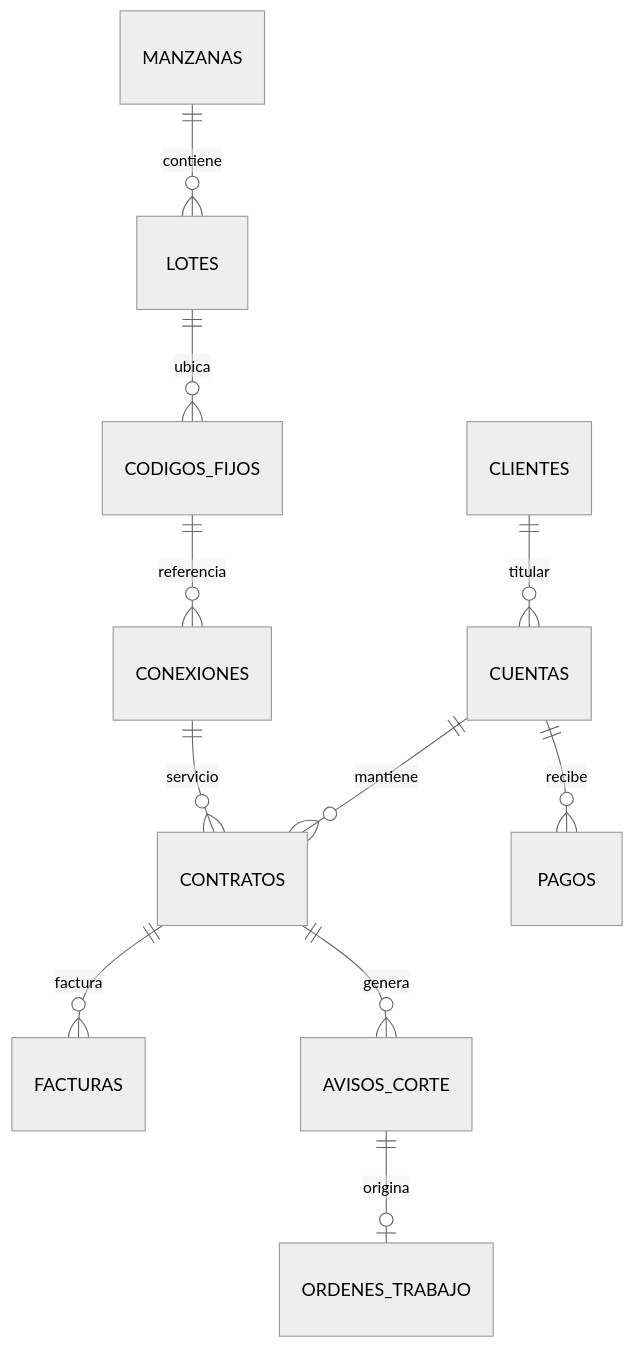
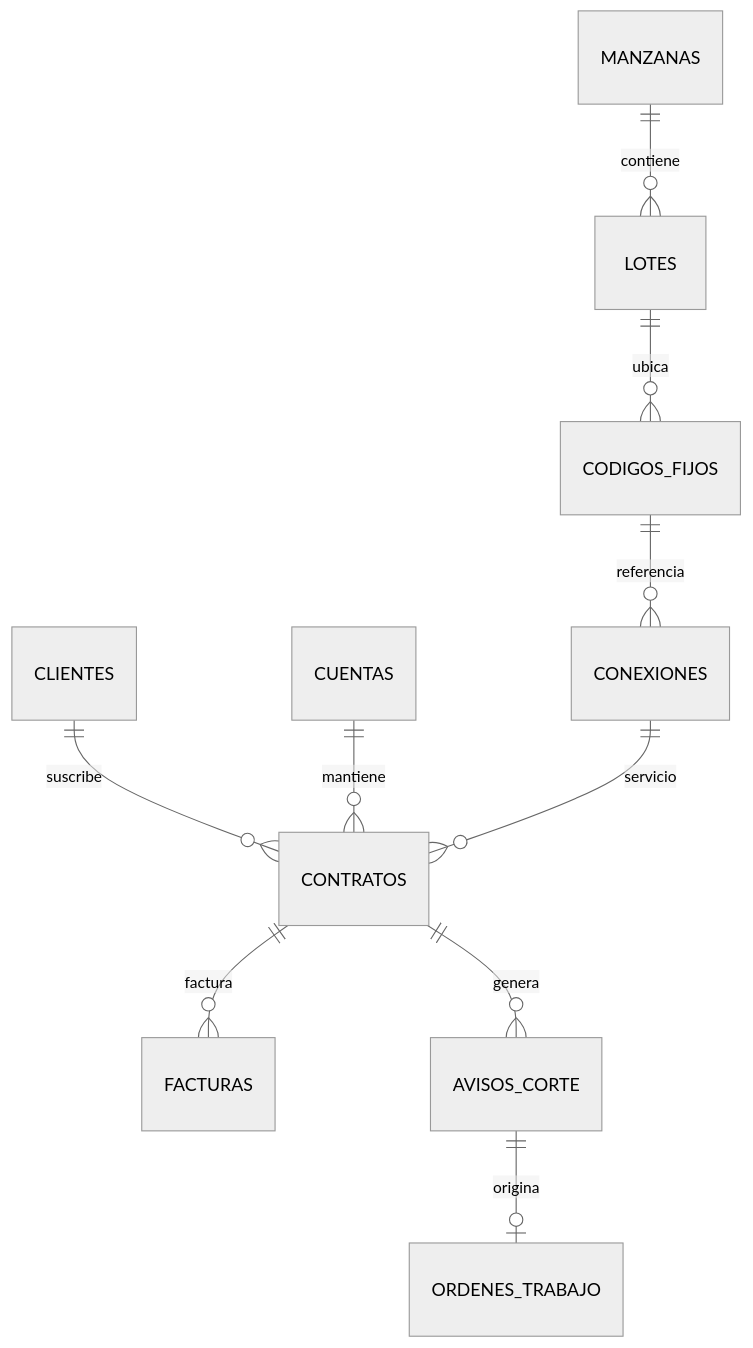
Before and after one commit to juancarlosperezarauco-hue/aguacontrol: the third of 3 diagrams in AquaControl/docs/01_Arquitectura_y_Diagramas.md, drawn with Mermaid (neutral theme). The commit also changed other lines of this file and 7 other files, not shown here.

````diff
--- a/AquaControl/docs/01_Arquitectura_y_Diagramas.md
+++ b/AquaControl/docs/01_Arquitectura_y_Diagramas.md
@@ -47,13 +48,12 @@
 ```mermaid
 erDiagram
   MANZANAS ||--o{ LOTES : contiene
   LOTES ||--o{ CODIGOS_FIJOS : ubica
   CODIGOS_FIJOS ||--o{ CONEXIONES : referencia
-  CLIENTES ||--o{ CUENTAS : titular
+  CLIENTES ||--o{ CONTRATOS : suscribe
   CUENTAS ||--o{ CONTRATOS : mantiene
   CONEXIONES ||--o{ CONTRATOS : servicio
   CONTRATOS ||--o{ FACTURAS : factura
-  CUENTAS ||--o{ PAGOS : recibe
   CONTRATOS ||--o{ AVISOS_CORTE : genera
   AVISOS_CORTE ||--o| ORDENES_TRABAJO : origina
 ```
````
